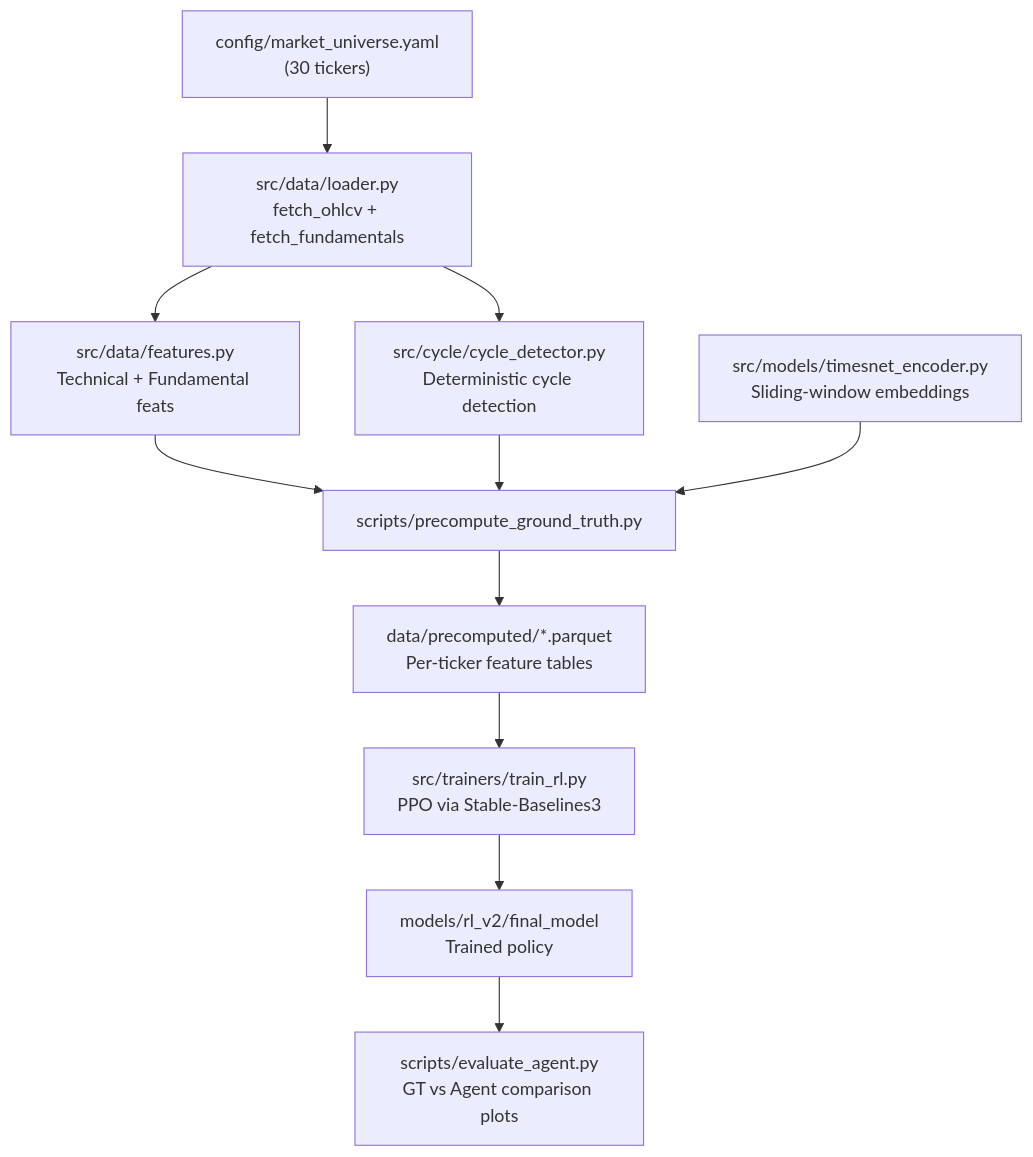
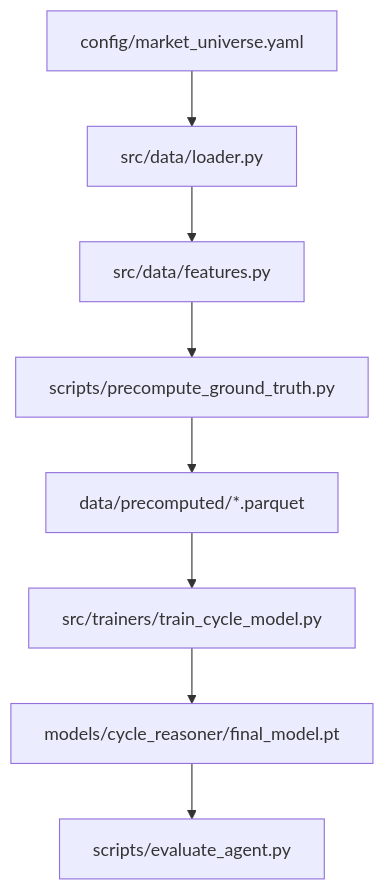
Before and after one commit to Rohil72/Core-RL-Agent: the diagram in SYSTEM_ARCHITECTURE.md, drawn with Mermaid. The commit also changed other lines of this file and 160 other files, not shown here.

````diff
--- a/SYSTEM_ARCHITECTURE.md
+++ b/SYSTEM_ARCHITECTURE.md
@@ -22,13 +7,10 @@
 ```mermaid
 graph TD
-    A["config/market_universe.yaml<br/>(30 tickers)"] --> B["src/data/loader.py<br/>fetch_ohlcv + fetch_fundamentals"]
-    B --> C["src/data/features.py<br/>Technical + Fundamental feats"]
-    B --> D["src/cycle/cycle_detector.py<br/>Deterministic cycle detection"]
-    C --> E["scripts/precompute_ground_truth.py"]
-    D --> E
-    F["src/models/timesnet_encoder.py<br/>Sliding-window embeddings"] --> E
-    E --> G["data/precomputed/*.parquet<br/>Per-ticker feature tables"]
-    G --> H["src/trainers/train_rl.py<br/>PPO via Stable-Baselines3"]
-    H --> I["models/rl_v2/final_model<br/>Trained policy"]
-    I --> J["scripts/evaluate_agent.py<br/>GT vs Agent comparison plots"]
+    A["config/market_universe.yaml"] --> B["src/data/loader.py"]
+    B --> C["src/data/features.py"]
+    C --> D["scripts/precompute_ground_truth.py"]
+    D --> E["data/precomputed/*.parquet"]
+    E --> F["src/trainers/train_cycle_model.py"]
+    F --> G["models/cycle_reasoner/final_model.pt"]
+    G --> H["scripts/evaluate_agent.py"]
 ```
````
